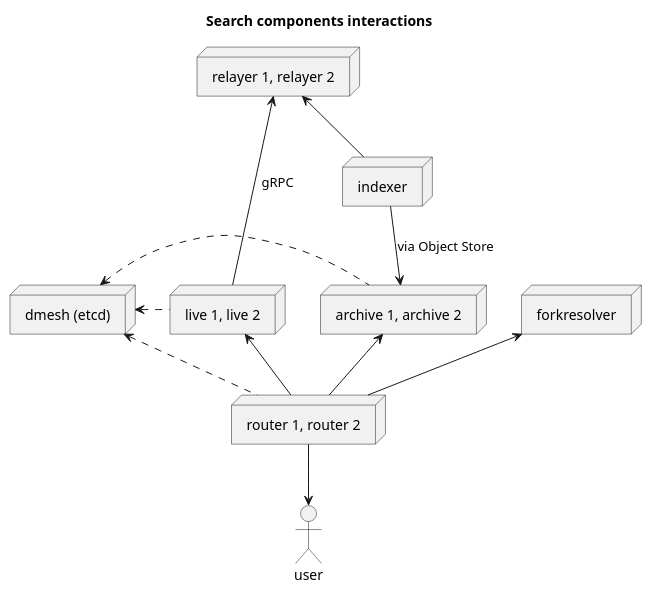
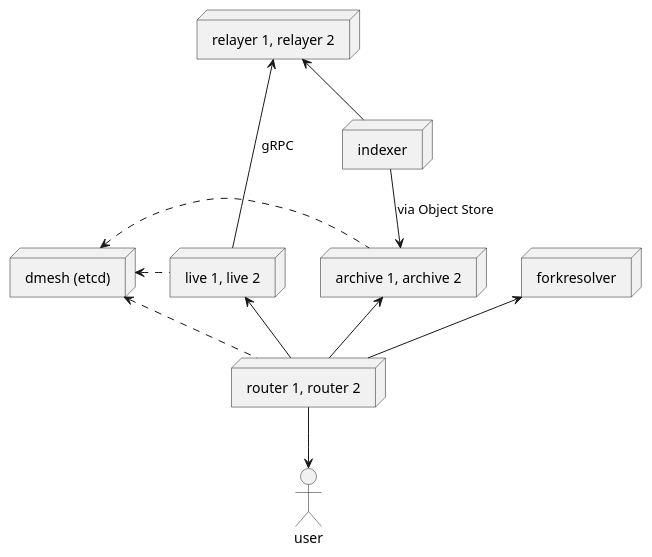
One commit to dfuse-io/docs changed the diagram in static/drawings/search.plantuml. Above: the diagram before and after it, drawn with PlantUML. The commit also changed other lines of this file and 24 other files, not shown here.

```diff
--- a/static/drawings/search.plantuml
+++ b/static/drawings/search.plantuml
@@ -2,32 +1,30 @@
 @startuml
-
-title Search components interactions
 
 node "relayer 1, relayer 2" as relayers
 node "router 1, router 2" as routers
 node "archive 1, archive 2" as archives
 node "live 1, live 2" as lives
 
 node indexer
 node forkresolver
 node "dmesh (etcd)" as dmesh
 
 indexer --> archives : via Object Store
 
 dmesh <. archives
 dmesh <. lives
 dmesh <. routers
 
 forkresolver <-- routers
 archives <-- routers
 lives <-- routers
 
 relayers <-- indexer
 relayers <-- lives   : gRPC
 
 
 actor user
 
 routers --> user
 
 @enduml
```
